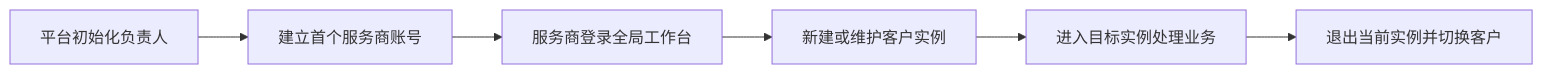
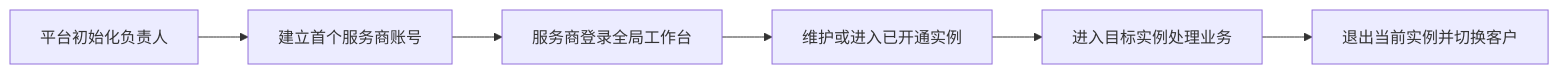
One commit to 6gogogo/vending changed the diagram in docs/公益智助柜用户使用手册.md. Above: the diagram before and after it, drawn with Mermaid. The commit also changed other lines of this file and 2 other files, not shown here.

````diff
--- a/docs/公益智助柜用户使用手册.md
+++ b/docs/公益智助柜用户使用手册.md
@@ -24,8 +24,8 @@
 ```mermaid
 flowchart LR
   A[平台初始化负责人] --> B[建立首个服务商账号]
   B --> C[服务商登录全局工作台]
-  C --> D[新建或维护客户实例]
+  C --> D[维护或进入已开通实例]
   D --> E[进入目标实例处理业务]
   E --> F[退出当前实例并切换客户]
 ```
````
